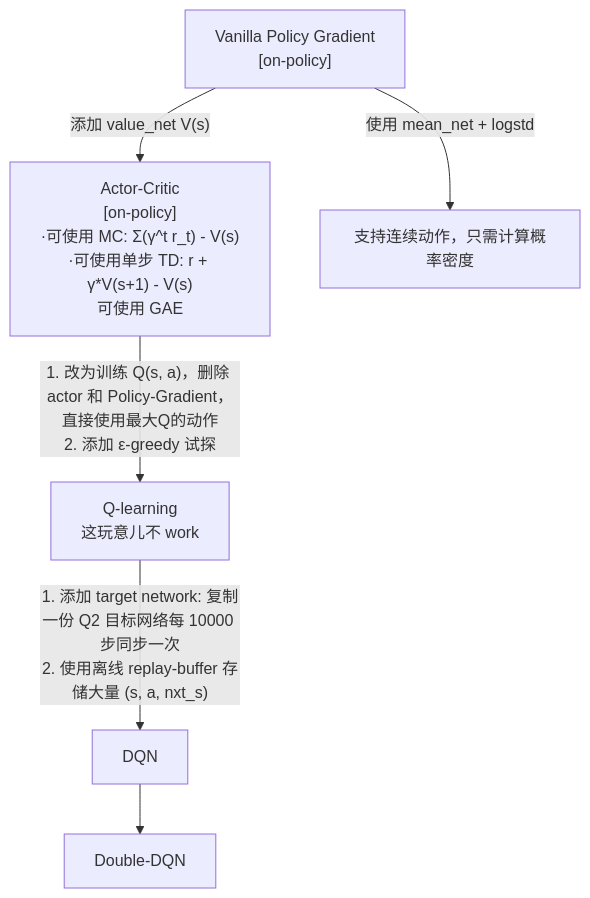
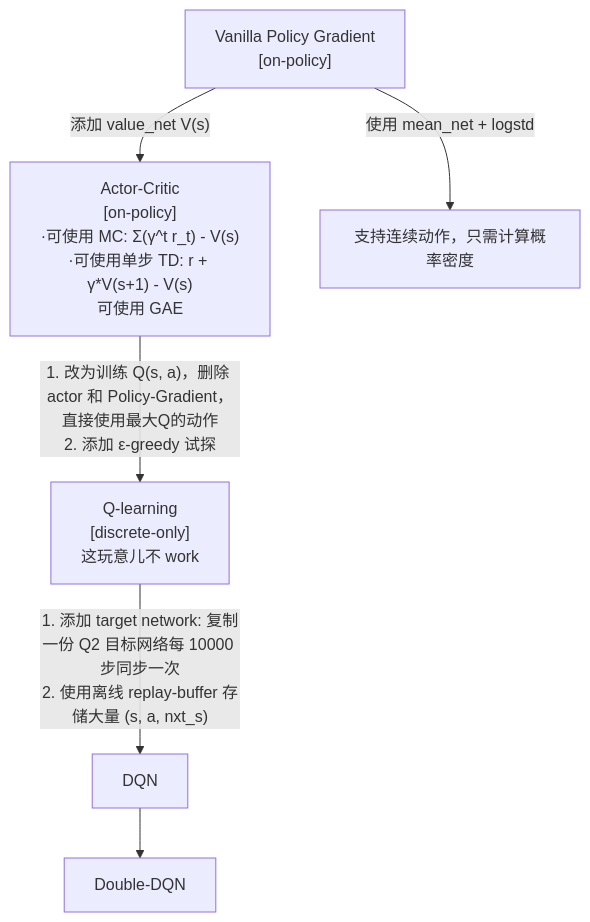
The diagram in 技术学习/285/285-0.md (julyfun/how-to), drawn with Mermaid before and after one commit.

Commit message:
M 技术学习/285/285-0.md

````diff
--- a/技术学习/285/285-0.md
+++ b/技术学习/285/285-0.md
@@ -11,9 +11,9 @@
 ```mermaid
 flowchart TD
     PG["Vanilla Policy Gradient<br>[on-policy]"] -->|"添加 value_net V(s)"| AC
     AC["Actor-Critic<br>[on-policy]<br>·可使用 MC: Σ(γ^t r_t) - V(s)<br>·可使用单步 TD: r + γ*V(s+1) - V(s)<br>可使用 GAE"]
     PG -->|使用 mean_net + logstd| cont[支持连续动作，只需计算概率密度]
-    AC -->|"1. 改为训练 Q(s, a)，删除 actor 和 Policy-Gradient，直接使用最大Q的动作<br>2. 添加 ε-greedy 试探"| Q-learning["Q-learning<br>这玩意儿不 work"]
+    AC -->|"1. 改为训练 Q(s, a)，删除 actor 和 Policy-Gradient，直接使用最大Q的动作<br>2. 添加 ε-greedy 试探"| Q-learning["Q-learning<br>[discrete-only]<br>这玩意儿不 work"]
     Q-learning -->|"1. 添加 target network: 复制一份 Q2 目标网络每 10000 步同步一次<br>2. 使用离线 replay-buffer 存储大量 (s, a, nxt_s)"| DQN
     DQN --> Double-DQN
 ```
````
